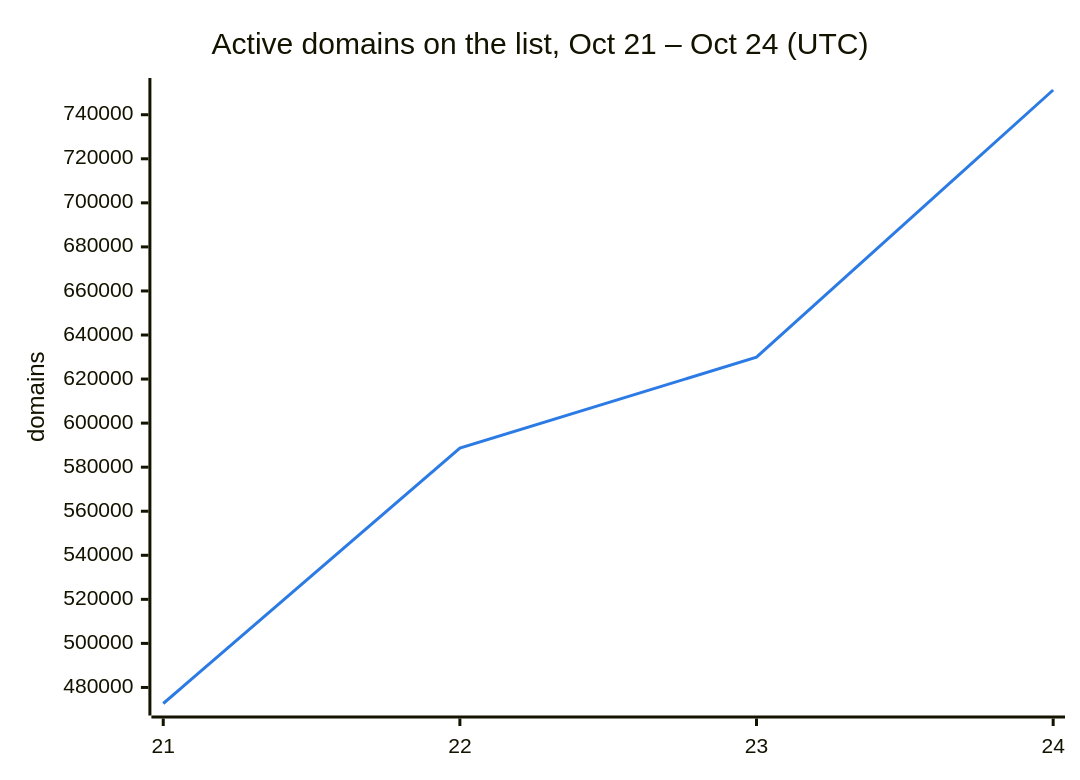
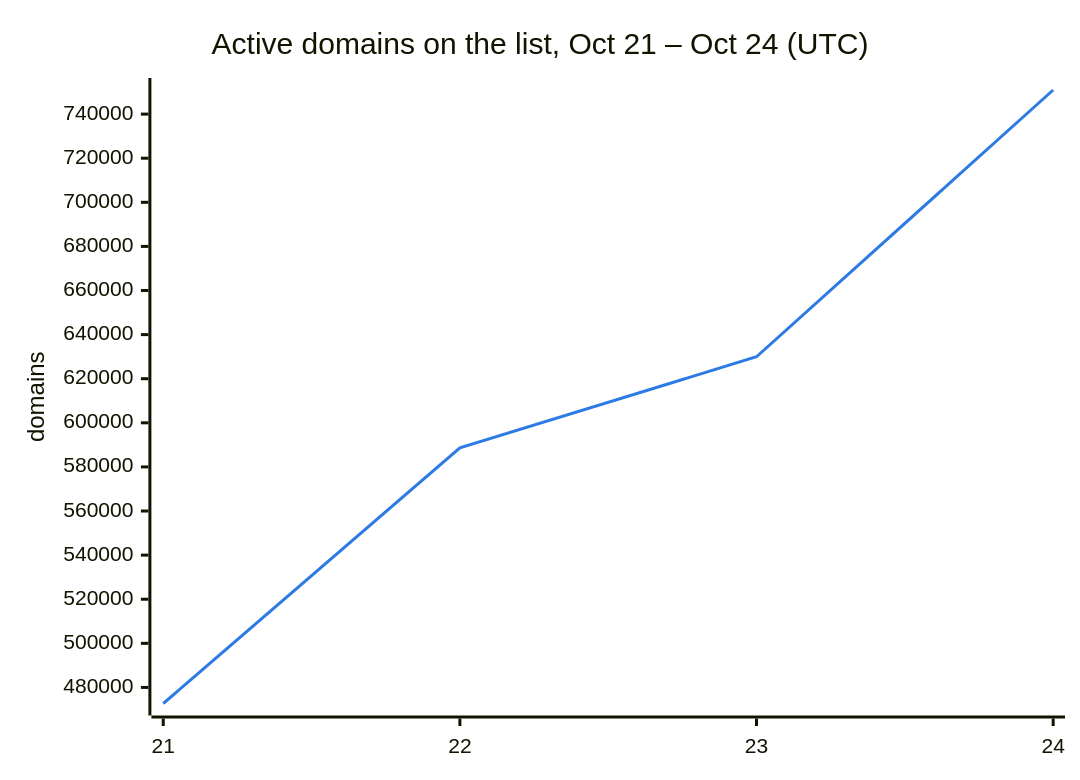
The second of 3 diagrams in README.md (DNSBunker/CTI), drawn with Mermaid before and after one commit. The commit also changed other lines of this file and 3 other files, not shown here.

````diff
--- a/README.md
+++ b/README.md
@@ -38,8 +38,8 @@
 ```mermaid
 %%{init: {"themeVariables": {"xyChart": {"plotColorPalette": "#2c7be5"}}}}%%
 xychart-beta
     title "Active domains on the list, Oct 21 – Oct 24 (UTC)"
     x-axis ["21", "22", "23", "24"]
     y-axis "domains"
-    line [472713, 588659, 629951, 751231]
+    line [472713, 588659, 629951, 750933]
 ```
````
